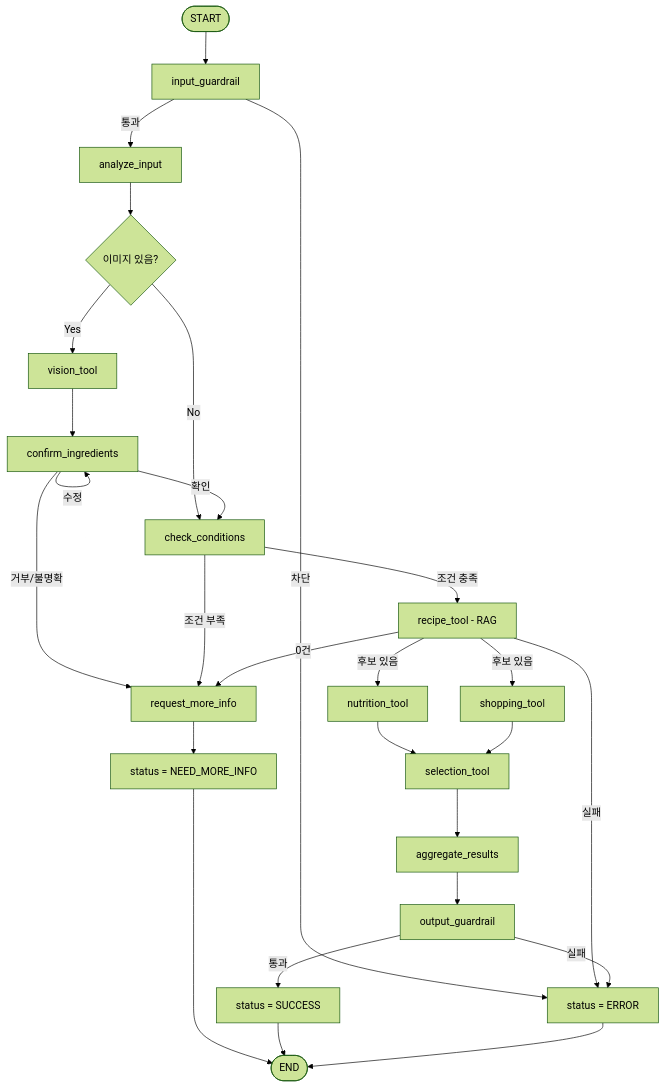
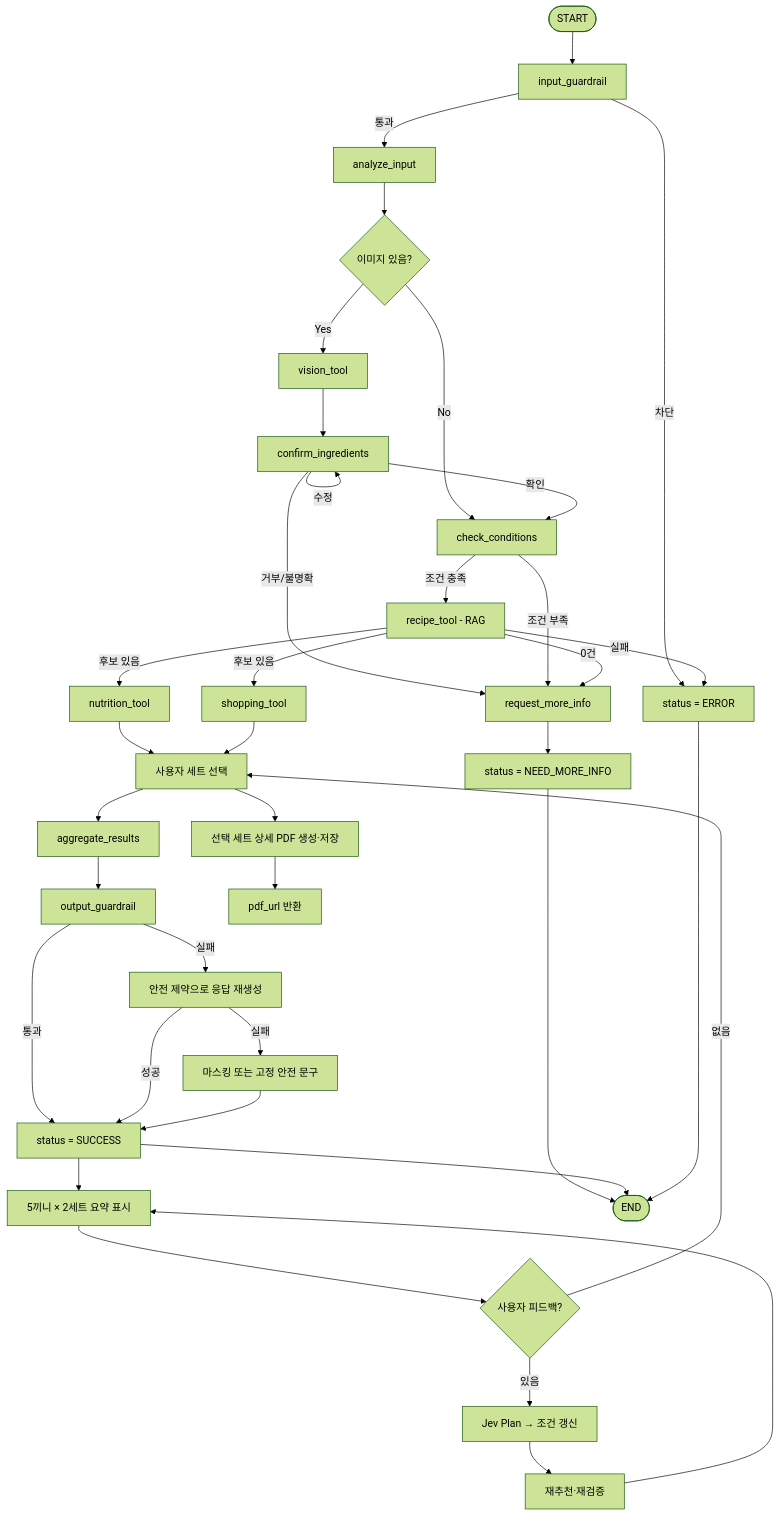
One commit to DongJunee/2026_aio2_p2_PlanEat_Backend changed the diagram in docs/architecture/state_node-achitecture.md. Above: the diagram before and after it, drawn with Mermaid (forest theme). The commit also changed other lines of this file and 26 other files, not shown here.

````diff
--- a/docs/architecture/state_node-achitecture.md
+++ b/docs/architecture/state_node-achitecture.md
@@ -71,41 +73,53 @@
 ```mermaid
 flowchart TD
     START([START]) --> GUARD[input_guardrail]
 
     GUARD -->|차단| FAIL[status = ERROR]
     GUARD -->|통과| ANALYZE[analyze_input]
 
     ANALYZE --> IMAGE{이미지 있음?}
 
     IMAGE -->|Yes| VISION[vision_tool]
     IMAGE -->|No| CHECK[check_conditions]
 
     VISION --> CONFIRM[confirm_ingredients]
 
     CONFIRM -->|확인| CHECK
     CONFIRM -->|수정| CONFIRM
     CONFIRM -->|거부/불명확| MORE[request_more_info]
 
     CHECK -->|조건 부족| MORE
     CHECK -->|조건 충족| RECIPE[recipe_tool - RAG]
 
     RECIPE -->|후보 있음| NUTRITION[nutrition_tool]
     RECIPE -->|후보 있음| SHOPPING[shopping_tool]
     RECIPE -->|0건| MORE
     RECIPE -->|실패| FAIL
 
     NUTRITION --> SELECT[selection_tool]
     SHOPPING --> SELECT
 
     SELECT --> AGG[aggregate_results]
     AGG --> OUTPUT[output_guardrail]
 
     OUTPUT -->|통과| DONE[status = SUCCESS]
-    OUTPUT -->|실패| FAIL
+    OUTPUT -->|실패| REGENERATE[안전 제약으로 응답 재생성]
+    REGENERATE -->|성공| DONE
+    REGENERATE -->|실패| SAFE_FALLBACK[마스킹 또는 고정 안전 문구]
+    SAFE_FALLBACK --> DONE
+
+    DONE --> SUMMARY[5끼니 × 2세트 요약 표시]
+    SUMMARY --> FEEDBACK{사용자 피드백?}
+    FEEDBACK -->|있음| PLAN[Jev Plan → 조건 갱신]
+    PLAN --> RECOMMEND[재추천·재검증]
+    RECOMMEND --> SUMMARY
+    FEEDBACK -->|없음| SELECT[사용자 세트 선택]
+    SELECT --> PDF[선택 세트 상세 PDF 생성·저장]
+    PDF --> URL[pdf_url 반환]
 
     MORE --> WAIT[status = NEED_MORE_INFO]
 
     WAIT --> END([END])
     DONE --> END
     FAIL --> END
 ```
````
